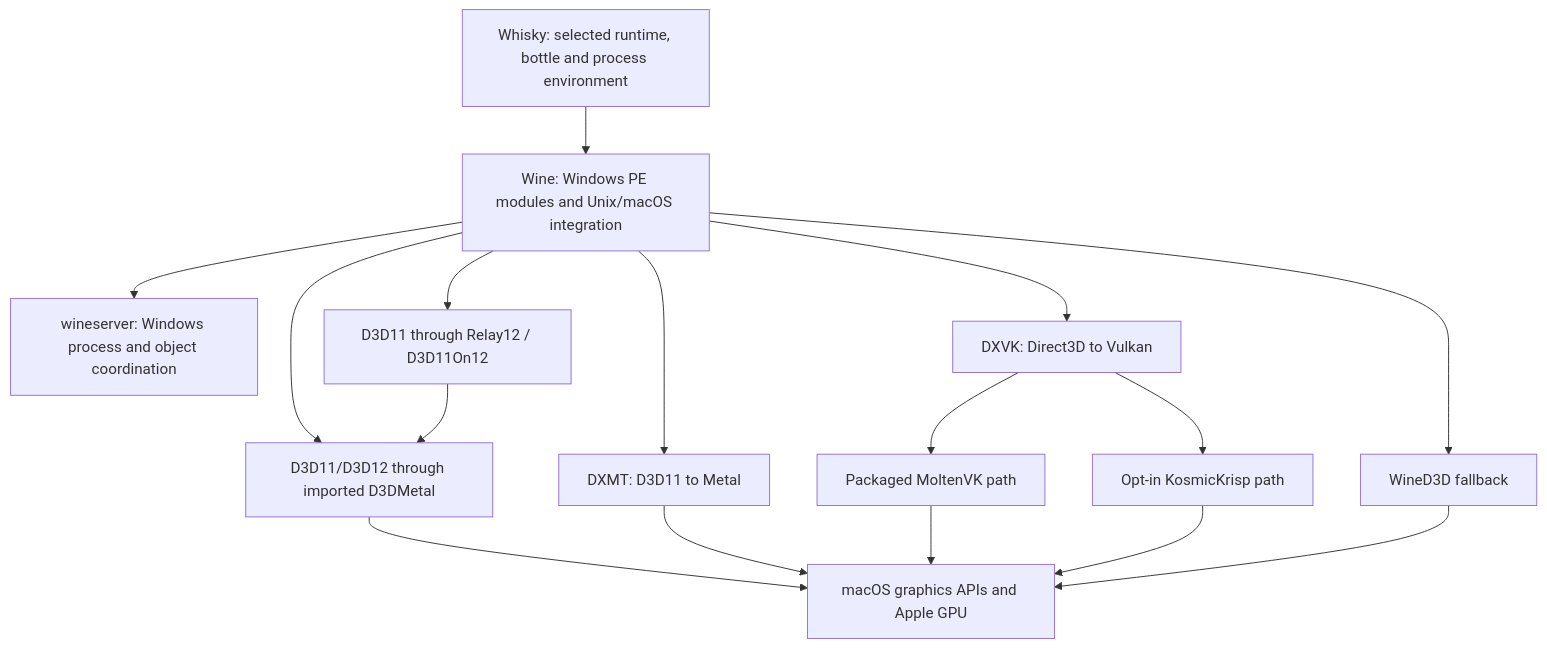
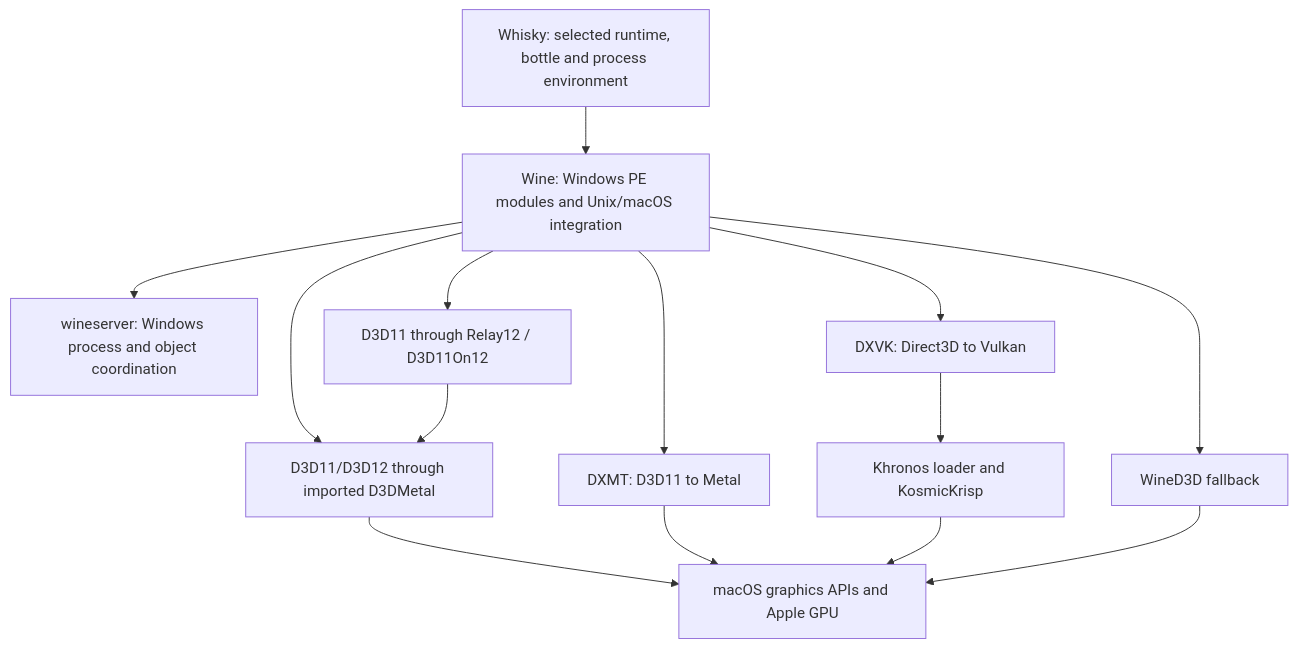
Before and after one commit to niltonperimneto/winecx-gptk: the first of 2 diagrams in docs/architecture.md, drawn with Mermaid. The commit also changed other lines of this file and 35 other files, not shown here.

````diff
--- a/docs/architecture.md
+++ b/docs/architecture.md
@@ -50,18 +50,16 @@
 ```mermaid
 flowchart TD
     UI[Whisky: selected runtime, bottle and process environment] --> W[Wine: Windows PE modules and Unix/macOS integration]
     W --> S[wineserver: Windows process and object coordination]
     W --> DM[D3D11/D3D12 through imported D3DMetal]
     W --> R[D3D11 through Relay12 / D3D11On12]
     R --> DM
     W --> MT[DXMT: D3D11 to Metal]
     W --> VK[DXVK: Direct3D to Vulkan]
-    VK --> MV[Packaged MoltenVK path]
-    VK --> KK[Opt-in KosmicKrisp path]
+    VK --> KK[Khronos loader and KosmicKrisp]
     W --> WD[WineD3D fallback]
     DM --> GPU[macOS graphics APIs and Apple GPU]
     MT --> GPU
-    MV --> GPU
     KK --> GPU
     WD --> GPU
 ```
````
